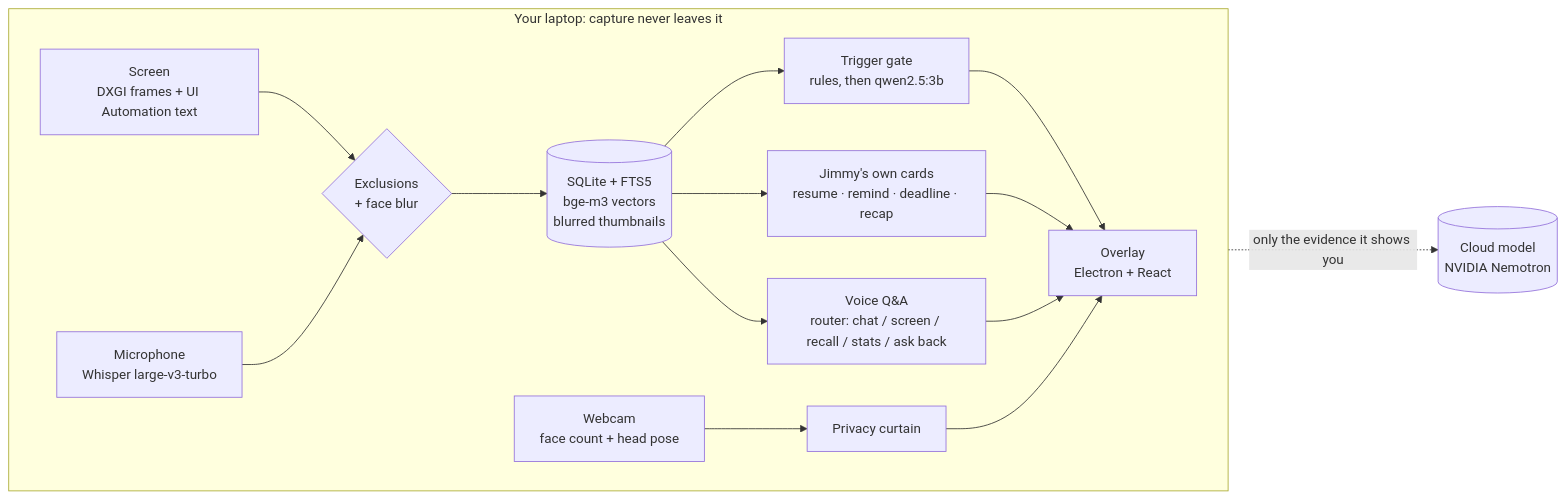
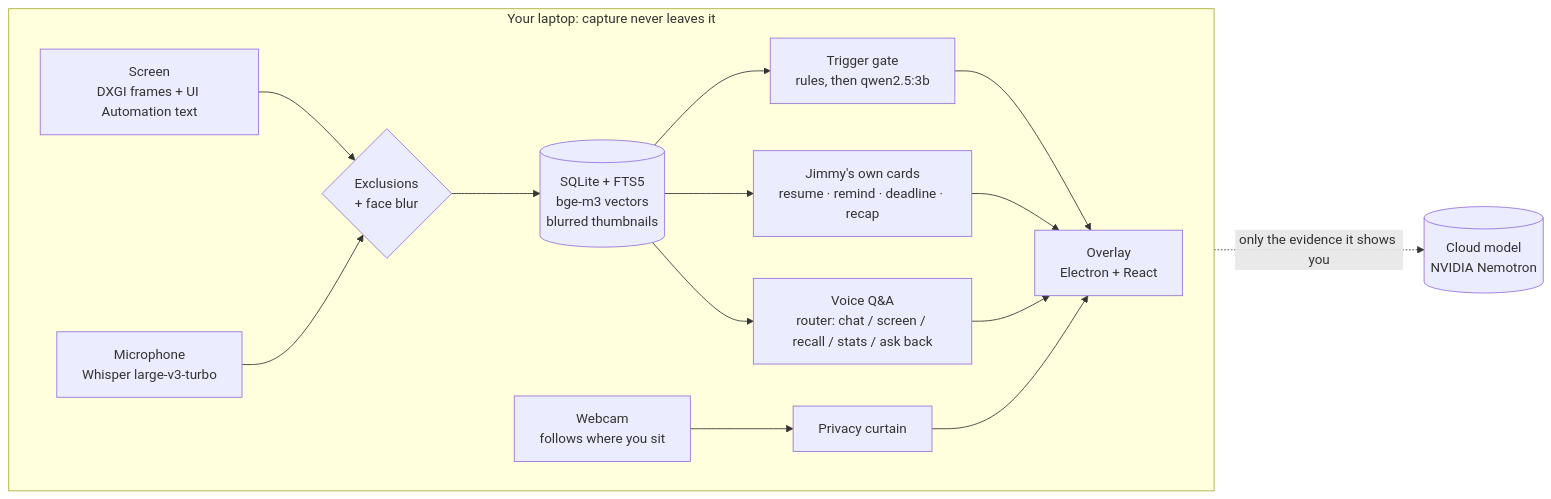
One commit to Adhrit-Verma/Jimmy changed the first of 2 diagrams in README.md. Above: the diagram before and after it, drawn with Mermaid. The commit also changed other lines of this file and 7 other files, not shown here.

````diff
--- a/README.md
+++ b/README.md
@@ -331,18 +346,18 @@
 ```mermaid
 flowchart LR
   subgraph laptop["Your laptop: capture never leaves it"]
     direction LR
     scr["Screen<br/>DXGI frames + UI Automation text"] --> gate0{"Exclusions<br/>+ face blur"}
     mic["Microphone<br/>Whisper large-v3-turbo"] --> gate0
-    cam["Webcam<br/>face count + head pose"] --> curtain["Privacy curtain"]
+    cam["Webcam<br/>follows where you sit"] --> curtain["Privacy curtain"]
     gate0 --> db[("SQLite + FTS5<br/>bge-m3 vectors<br/>blurred thumbnails")]
     db --> cards["Trigger gate<br/>rules, then qwen2.5:3b"]
     db --> own["Jimmy's own cards<br/>resume · remind · deadline · recap"]
     db --> ask["Voice Q&A<br/>router: chat / screen / recall / stats / ask back"]
     cards --> ui["Overlay<br/>Electron + React"]
     own --> ui
     ask --> ui
     curtain --> ui
   end
   ask -. "only the evidence it shows you" .-> llm[("Cloud model<br/>NVIDIA Nemotron")]
 ```
````
